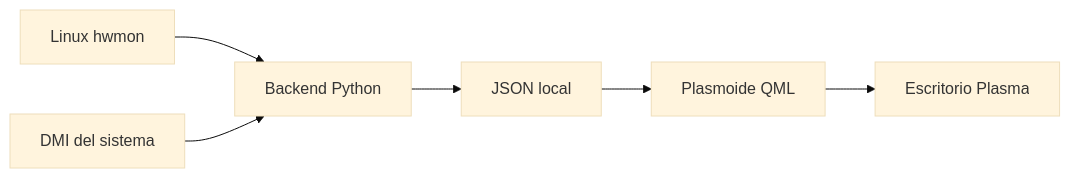
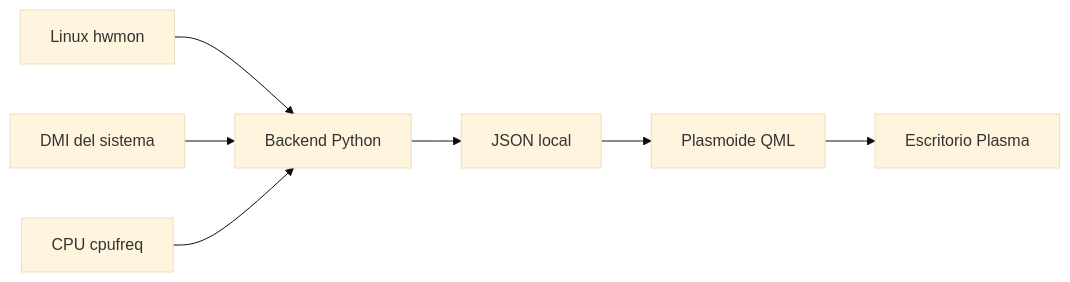
The diagram in README.md (jgomezbau/plasma-hardware-sensors), drawn with Mermaid (base theme) before and after one commit. The commit also changed other lines of this file and 21 other files, not shown here.

````diff
--- a/README.md
+++ b/README.md
@@ -42,8 +40,9 @@
 ```mermaid
 flowchart LR
     A[Linux hwmon] --> B[Backend Python]
     C[DMI del sistema] --> B
-    B --> D[JSON local]
-    D --> E[Plasmoide QML]
-    E --> F[Escritorio Plasma]
+    D[CPU cpufreq] --> B
+    B --> E[JSON local]
+    E --> F[Plasmoide QML]
+    F --> G[Escritorio Plasma]
 ```
````
